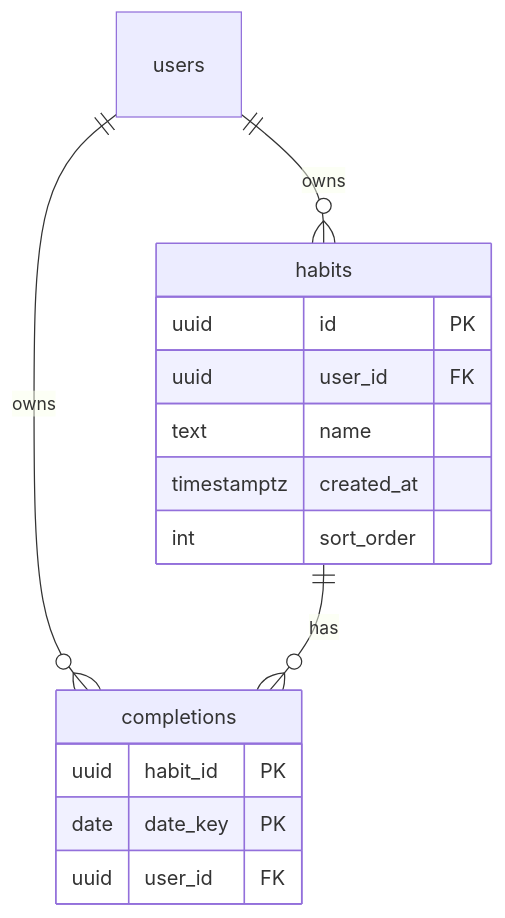
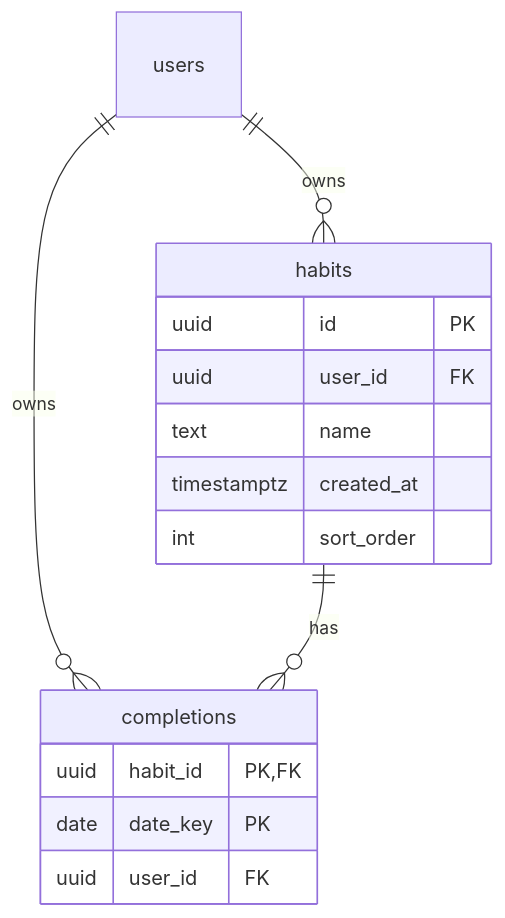
One commit to bubbleShaker/habit-tracker changed the diagram in supabase/README.md. Above: the diagram before and after it, drawn with Mermaid. The commit also changed other lines of this file and 1 other file, not shown here.

First line of the commit message:
docs: 外部キーの説明を補正（habit_id は PK,FK / user_id は auth.users 参照）（#34）

````diff
--- a/supabase/README.md
+++ b/supabase/README.md
@@ -8,18 +8,18 @@
 ```mermaid
 erDiagram
   users ||--o{ habits : owns
   users ||--o{ completions : owns
   habits ||--o{ completions : has
   habits {
     uuid id PK
     uuid user_id FK
     text name
     timestamptz created_at
     int sort_order
   }
   completions {
-    uuid habit_id PK
+    uuid habit_id PK,FK
     date date_key PK
     uuid user_id FK
   }
 ```
````
